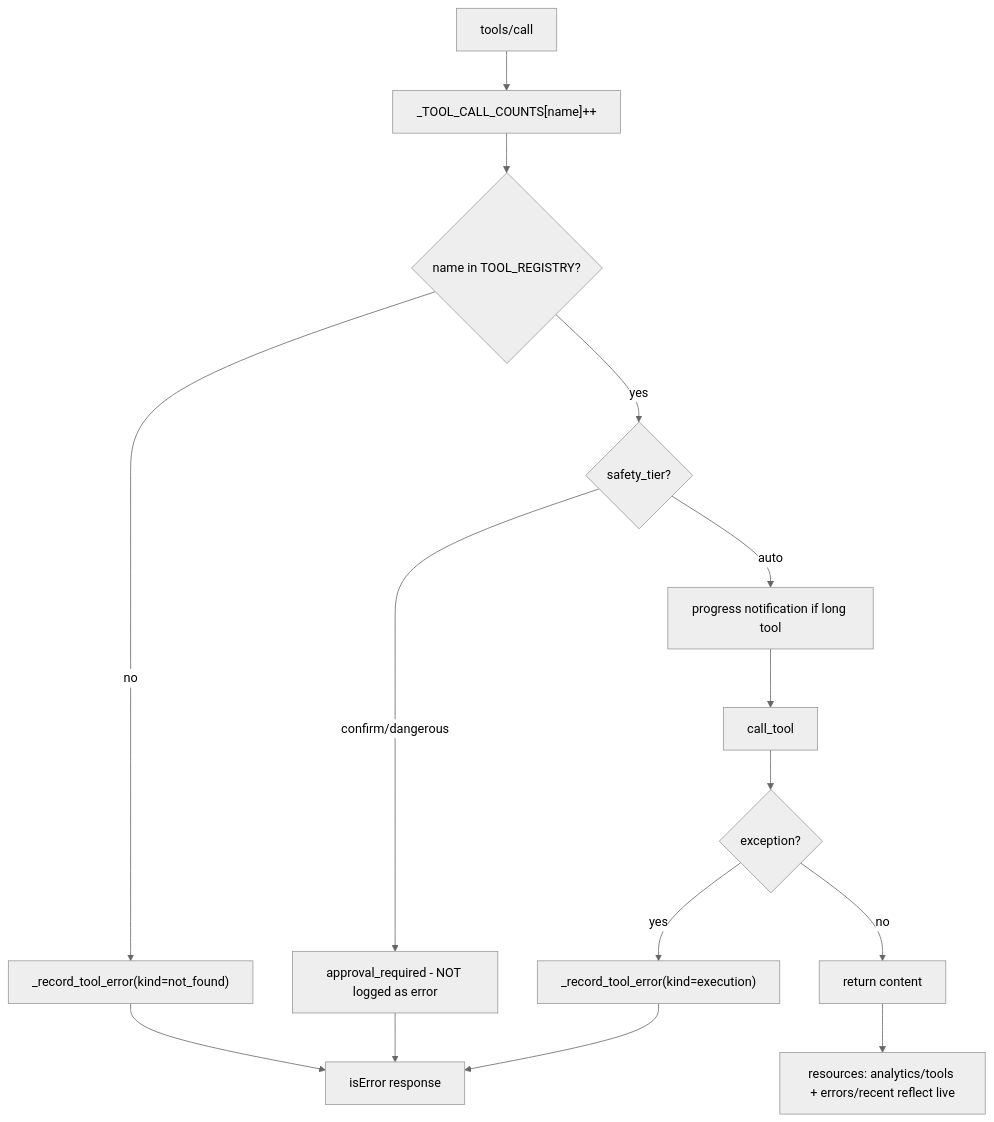
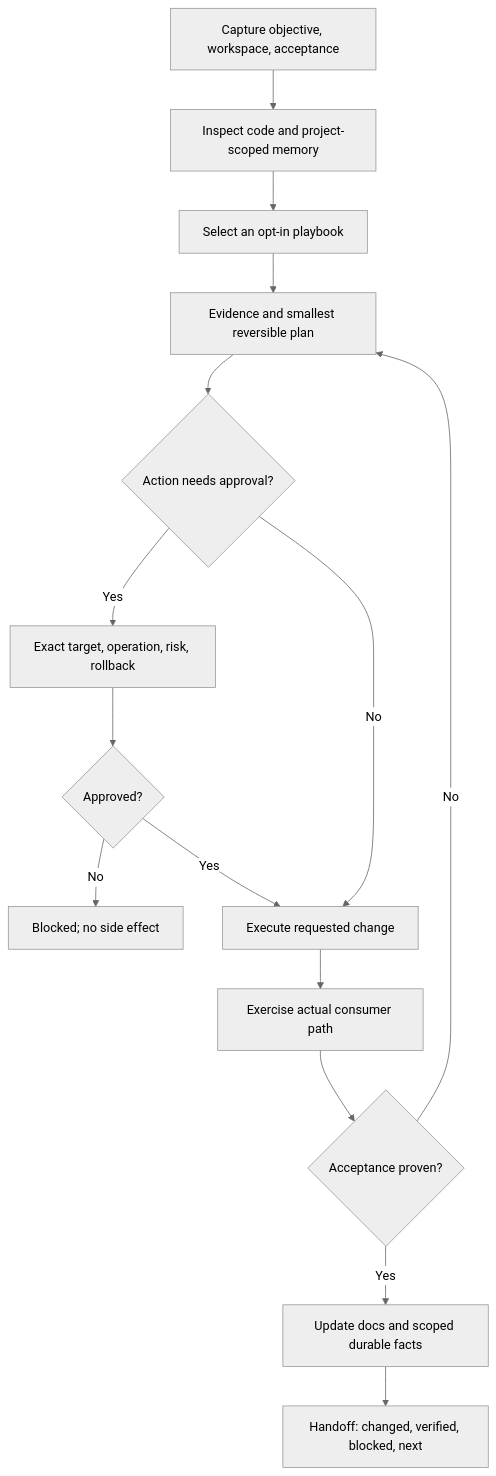
Before and after one commit to nusabyte-my/jebat-core: the diagram in docs/JEBAT_WORKFLOWS.md, drawn with Mermaid (neutral theme). The commit also changed other lines of this file and 37 other files, not shown here.

````diff
--- a/docs/JEBAT_WORKFLOWS.md
+++ b/docs/JEBAT_WORKFLOWS.md
@@ -76,17 +11,17 @@
 ```mermaid
 flowchart TD
-    A["tools/call"] --> B["_TOOL_CALL_COUNTS[name]++"]
-    B --> C{name in TOOL_REGISTRY?}
-    C -->|no| D["_record_tool_error(kind=not_found)"]
-    D --> Z[isError response]
-    C -->|yes| E{safety_tier?}
-    E -->|confirm/dangerous| F[approval_required - NOT logged as error]
-    F --> Z
-    E -->|auto| G[progress notification if long tool]
-    G --> H[call_tool]
-    H --> I{exception?}
-    I -->|yes| J["_record_tool_error(kind=execution)"]
-    J --> Z
-    I -->|no| K[return content]
-    K --> L["resources: analytics/tools + errors/recent reflect live"]
+    A[Capture objective, workspace, acceptance] --> B[Inspect code and project-scoped memory]
+    B --> C[Select an opt-in playbook]
+    C --> D[Evidence and smallest reversible plan]
+    D --> E{Action needs approval?}
+    E -->|Yes| F[Exact target, operation, risk, rollback]
+    F --> G{Approved?}
+    G -->|No| H[Blocked; no side effect]
+    G -->|Yes| I[Execute requested change]
+    E -->|No| I
+    I --> J[Exercise actual consumer path]
+    J --> K{Acceptance proven?}
+    K -->|No| D
+    K -->|Yes| L[Update docs and scoped durable facts]
+    L --> M[Handoff: changed, verified, blocked, next]
 ```
````
